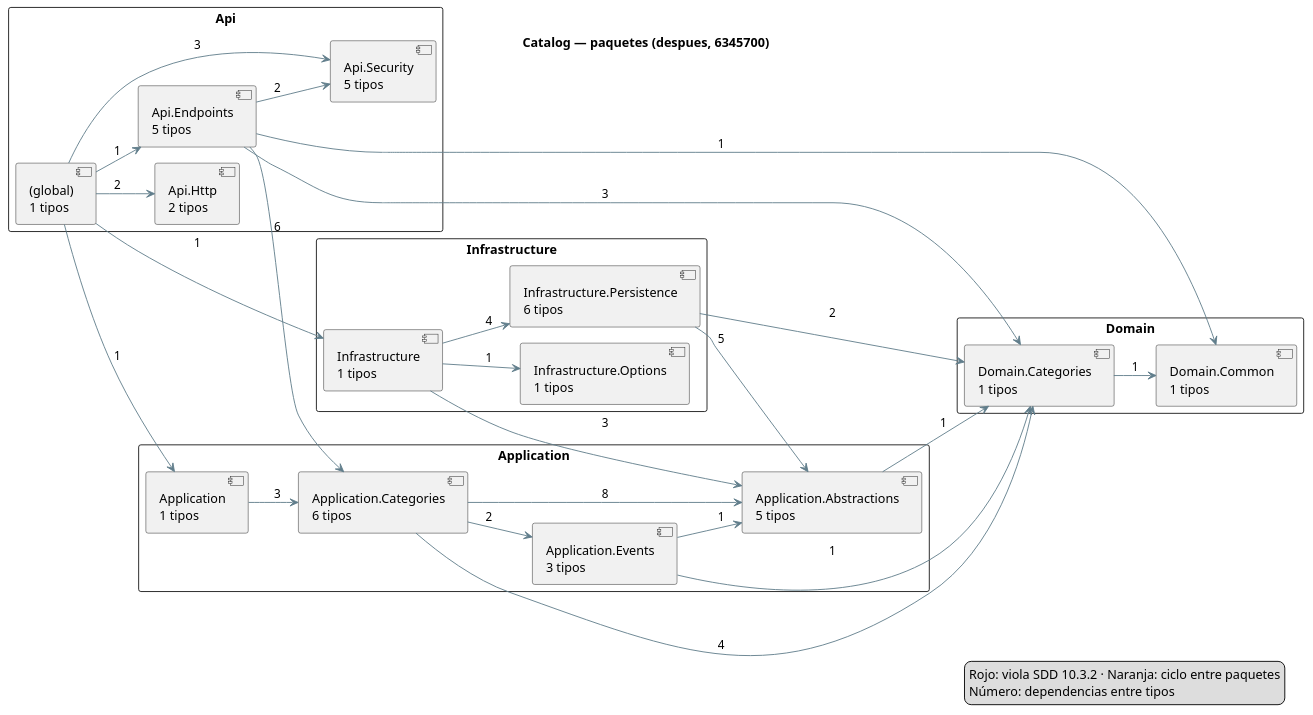
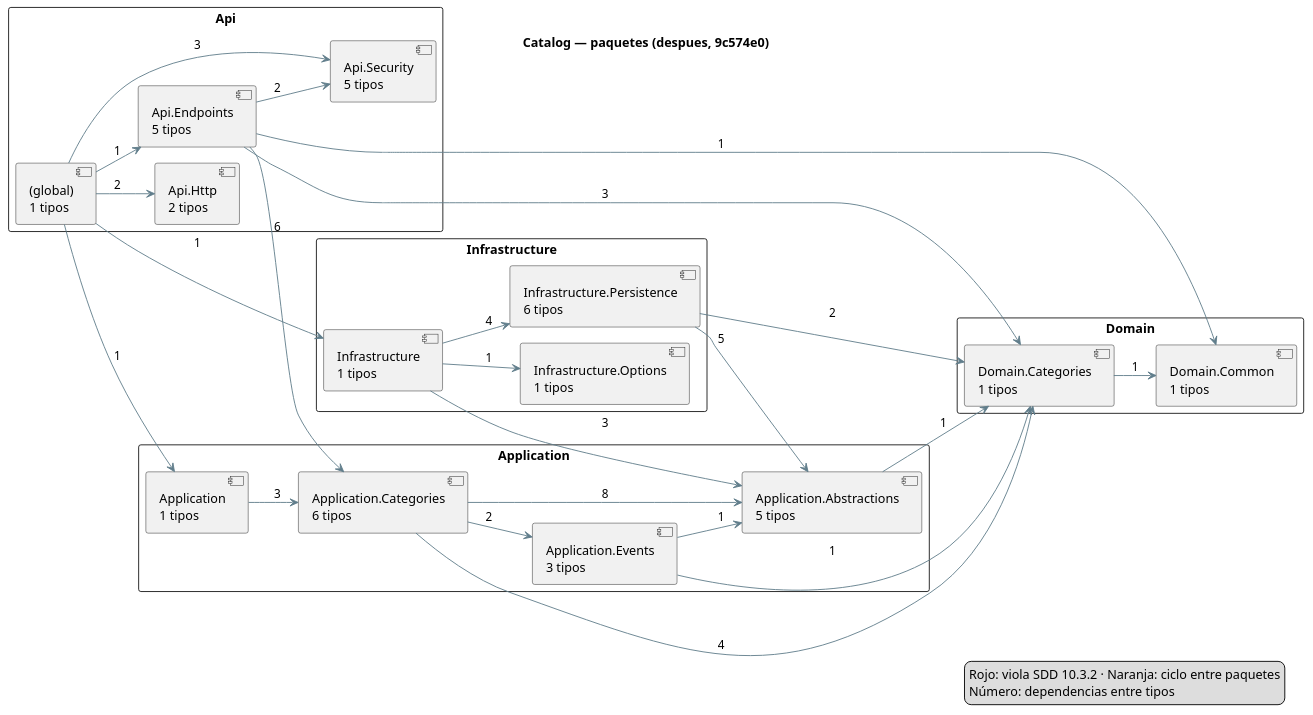
Before and after one commit to ARQUI-202630/quickpatch: the diagram in docs/architecture/codigo/despues/catalog/paquetes.puml, drawn with PlantUML. The commit also changed 83 other files, not shown here.

```diff
--- a/docs/architecture/codigo/despues/catalog/paquetes.puml
+++ b/docs/architecture/codigo/despues/catalog/paquetes.puml
@@ -1,54 +1,54 @@
 @startuml
 !pragma layout smetana
-title Catalog — paquetes (despues, 6345700)
+title Catalog — paquetes (despues, 9c574e0)
 skinparam packageStyle rectangle
 skinparam shadowing false
 left to right direction
 package "Api" {
   component "(global)\n1 tipos" as _global_
   component "Api.Endpoints\n5 tipos" as QuickPatch_Catalog_Api_Endpoints
   component "Api.Http\n2 tipos" as QuickPatch_Catalog_Api_Http
   component "Api.Security\n5 tipos" as QuickPatch_Catalog_Api_Security
 }
 package "Application" {
   component "Application\n1 tipos" as QuickPatch_Catalog_Application
   component "Application.Abstractions\n5 tipos" as QuickPatch_Catalog_Application_Abstractions
   component "Application.Categories\n6 tipos" as QuickPatch_Catalog_Application_Categories
   component "Application.Events\n3 tipos" as QuickPatch_Catalog_Application_Events
 }
 package "Domain" {
   component "Domain.Categories\n1 tipos" as QuickPatch_Catalog_Domain_Categories
   component "Domain.Common\n1 tipos" as QuickPatch_Catalog_Domain_Common
 }
 package "Infrastructure" {
   component "Infrastructure\n1 tipos" as QuickPatch_Catalog_Infrastructure
   component "Infrastructure.Options\n1 tipos" as QuickPatch_Catalog_Infrastructure_Options
   component "Infrastructure.Persistence\n6 tipos" as QuickPatch_Catalog_Infrastructure_Persistence
 }
 _global_ --> QuickPatch_Catalog_Api_Endpoints #607D8B : 1
 _global_ --> QuickPatch_Catalog_Api_Http #607D8B : 2
 _global_ --> QuickPatch_Catalog_Api_Security #607D8B : 3
 _global_ --> QuickPatch_Catalog_Application #607D8B : 1
 _global_ --> QuickPatch_Catalog_Infrastructure #607D8B : 1
 QuickPatch_Catalog_Api_Endpoints --> QuickPatch_Catalog_Api_Security #607D8B : 2
 QuickPatch_Catalog_Api_Endpoints --> QuickPatch_Catalog_Application_Categories #607D8B : 6
 QuickPatch_Catalog_Api_Endpoints --> QuickPatch_Catalog_Domain_Categories #607D8B : 3
 QuickPatch_Catalog_Api_Endpoints --> QuickPatch_Catalog_Domain_Common #607D8B : 1
 QuickPatch_Catalog_Application --> QuickPatch_Catalog_Application_Categories #607D8B : 3
 QuickPatch_Catalog_Application_Abstractions --> QuickPatch_Catalog_Domain_Categories #607D8B : 1
 QuickPatch_Catalog_Application_Categories --> QuickPatch_Catalog_Application_Abstractions #607D8B : 8
 QuickPatch_Catalog_Application_Categories --> QuickPatch_Catalog_Application_Events #607D8B : 2
 QuickPatch_Catalog_Application_Categories --> QuickPatch_Catalog_Domain_Categories #607D8B : 4
 QuickPatch_Catalog_Application_Events --> QuickPatch_Catalog_Application_Abstractions #607D8B : 1
 QuickPatch_Catalog_Application_Events --> QuickPatch_Catalog_Domain_Categories #607D8B : 1
 QuickPatch_Catalog_Domain_Categories --> QuickPatch_Catalog_Domain_Common #607D8B : 1
 QuickPatch_Catalog_Infrastructure --> QuickPatch_Catalog_Application_Abstractions #607D8B : 3
 QuickPatch_Catalog_Infrastructure --> QuickPatch_Catalog_Infrastructure_Options #607D8B : 1
 QuickPatch_Catalog_Infrastructure --> QuickPatch_Catalog_Infrastructure_Persistence #607D8B : 4
 QuickPatch_Catalog_Infrastructure_Persistence --> QuickPatch_Catalog_Application_Abstractions #607D8B : 5
 QuickPatch_Catalog_Infrastructure_Persistence --> QuickPatch_Catalog_Domain_Categories #607D8B : 2
 legend right
 Rojo: viola SDD 10.3.2 · Naranja: ciclo entre paquetes
 Número: dependencias entre tipos
 endlegend
 @enduml
```
